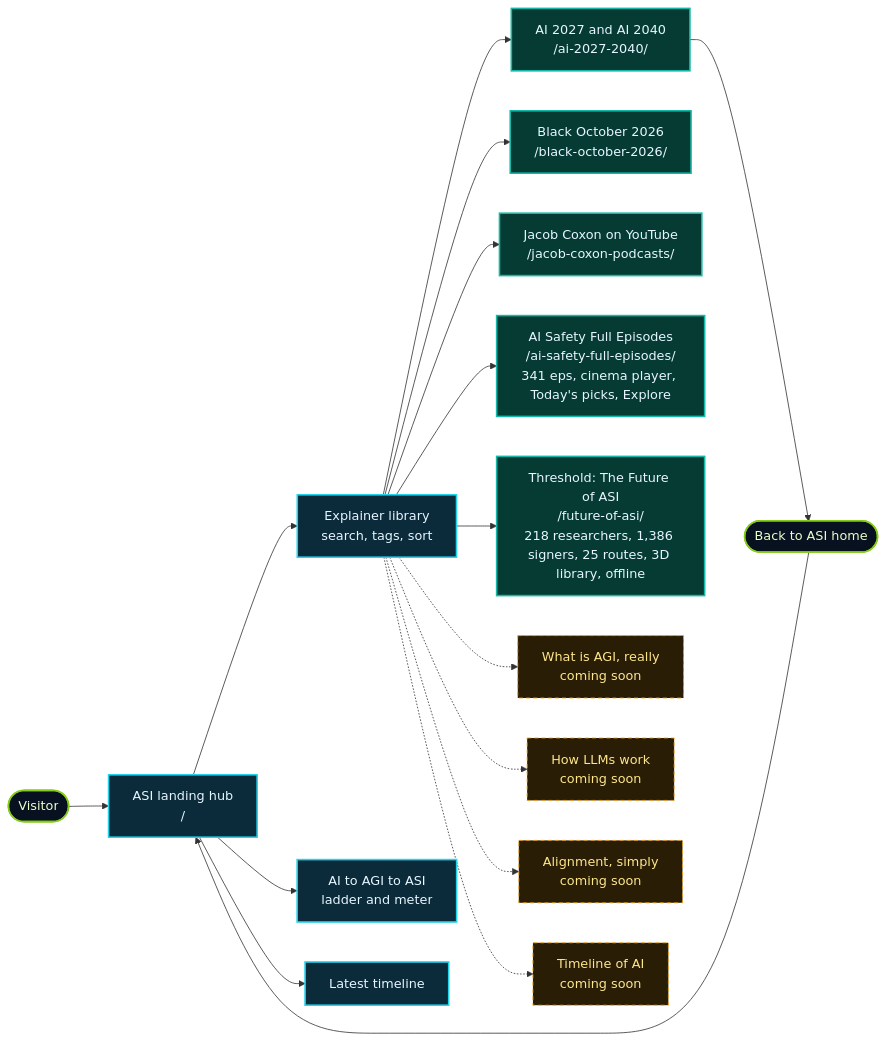
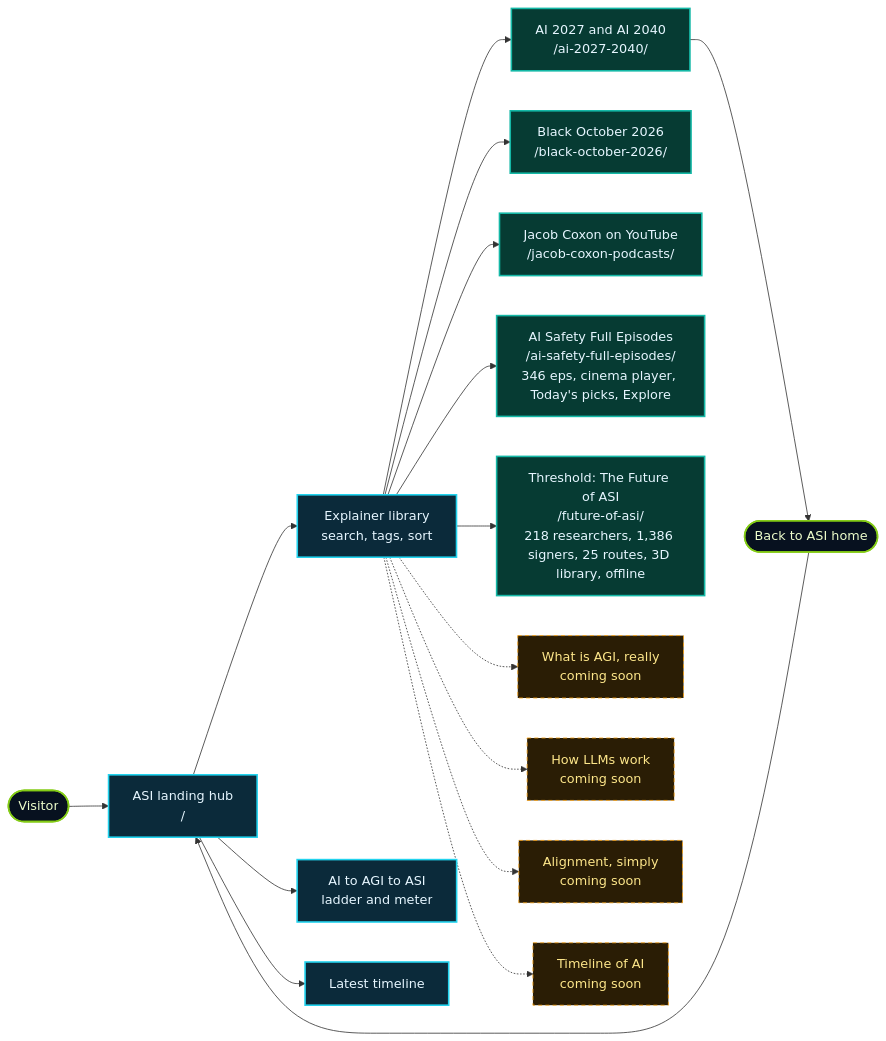
Before and after one commit to lo3elyon/ASI: the first of 14 diagrams in README.md, drawn with Mermaid. The commit also changed other lines of this file, not shown here.

Commit message:
ai-safety-full-episodes: 5 new transcript-verified episodes from the 16:00 sweep (346 episodes): README.md

````diff
--- a/README.md
+++ b/README.md
@@ -71,26 +71,26 @@
 ```mermaid
 flowchart LR
     V(["Visitor"]) --> H["ASI landing hub<br/>/"]
     H --> L["Explainer library<br/>search, tags, sort"]
     H --> G["AI to AGI to ASI<br/>ladder and meter"]
     H --> T["Latest timeline"]
     L --> E1["AI 2027 and AI 2040<br/>/ai-2027-2040/"]
     L --> E6["Black October 2026<br/>/black-october-2026/"]
     L --> E7["Jacob Coxon on YouTube<br/>/jacob-coxon-podcasts/"]
-    L --> E8["AI Safety Full Episodes<br/>/ai-safety-full-episodes/<br/>341 eps, cinema player, Today's picks, Explore"]
+    L --> E8["AI Safety Full Episodes<br/>/ai-safety-full-episodes/<br/>346 eps, cinema player, Today's picks, Explore"]
     L --> E9["Threshold: The Future of ASI<br/>/future-of-asi/<br/>218 researchers, 1,386 signers, 25 routes, 3D library, offline"]
     L -.-> E2["What is AGI, really<br/>coming soon"]
     L -.-> E3["How LLMs work<br/>coming soon"]
     L -.-> E4["Alignment, simply<br/>coming soon"]
     L -.-> E5["Timeline of AI<br/>coming soon"]
     E1 --> B(["Back to ASI home"])
     B --> H
     classDef hub fill:#0b2a3a,stroke:#22d3ee,stroke-width:2px,color:#e6f6ff
     classDef live fill:#063b33,stroke:#14b8a6,stroke-width:2px,color:#e6f6ff
     classDef soon fill:#2a1d05,stroke:#f59e0b,stroke-dasharray:5 4,color:#fde68a
     classDef user fill:#07111f,stroke:#84cc16,stroke-width:2px,color:#ecfccb
     class H,L,G,T hub
     class E1,E6,E7,E8,E9 live
     class E2,E3,E4,E5 soon
     class V,B user
 ```
````
